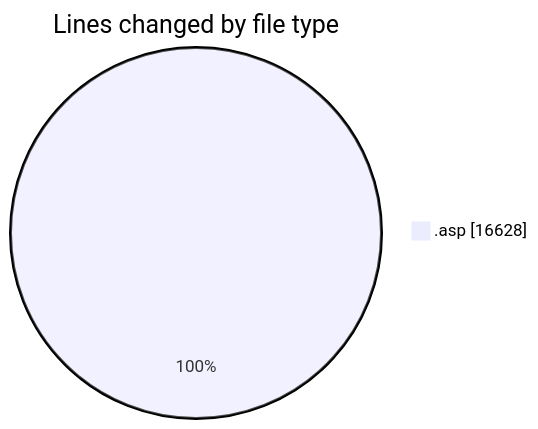
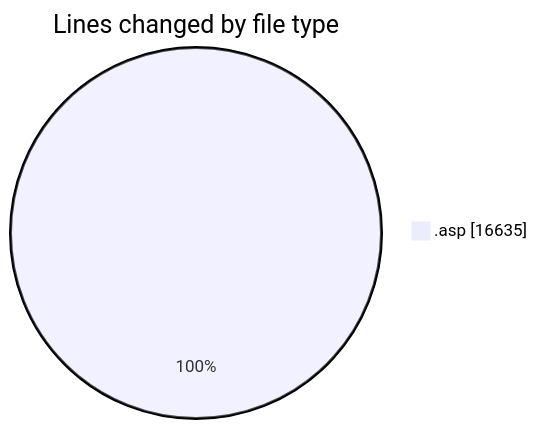
One commit to julien-gomy/code-tracking changed the first of 2 diagrams in 2025-11-14/cdp_aleoudev_fr__workspace_/README.md. Above: the diagram before and after it, drawn with Mermaid. The commit also changed other lines of this file and 1 other file, not shown here.

````diff
--- a/2025-11-14/cdp_aleoudev_fr__workspace_/README.md
+++ b/2025-11-14/cdp_aleoudev_fr__workspace_/README.md
@@ -33,5 +33,5 @@
 ```mermaid
 pie showData
 title Lines changed by file type
-".asp" : 16628
+".asp" : 16635
 ```
````
